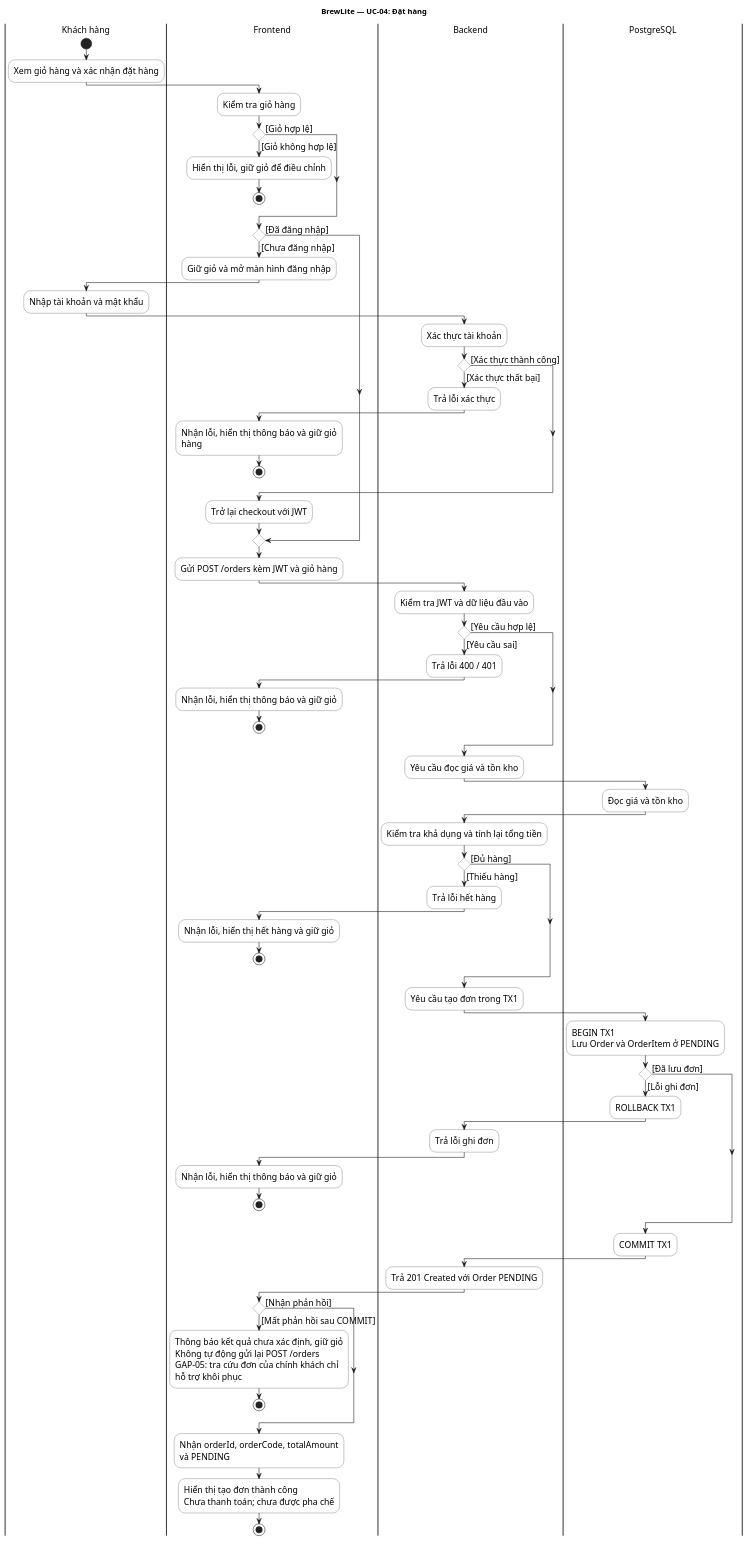
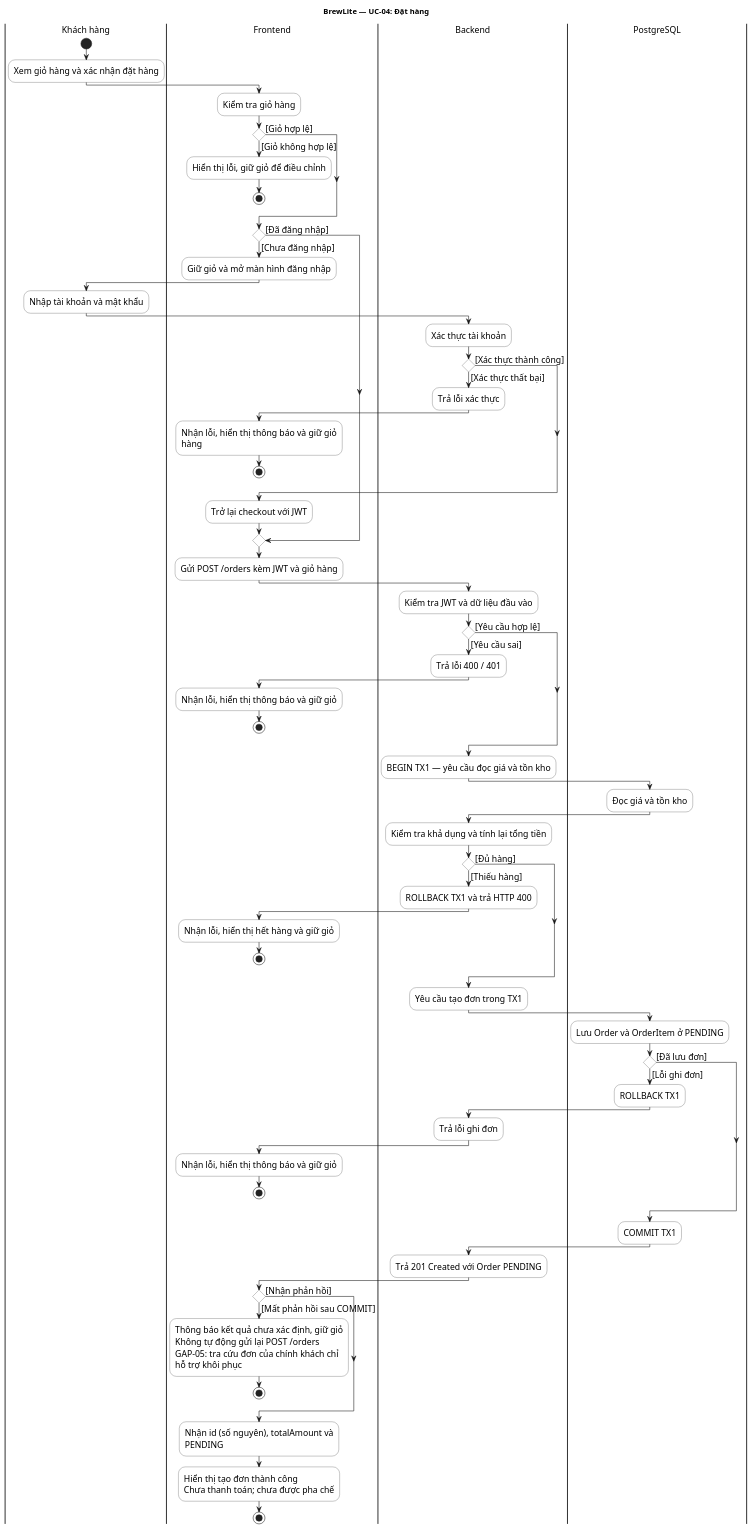
The diagram in docs/diagram/ActivityDiagram.puml (vohuunghiaah/brewlite), drawn with PlantUML before and after one commit. The commit also changed 20 other files, not shown here.

Commit message:
docs(uml): align transaction flows, domain scope and Lightsail with implementation

```diff
--- a/docs/diagram/ActivityDiagram.puml
+++ b/docs/diagram/ActivityDiagram.puml
@@ -1,90 +1,90 @@
 @startuml
 title BrewLite — UC-04: Đặt hàng
 skinparam defaultFontName Arial
 skinparam defaultFontSize 16
 skinparam backgroundColor white
 skinparam shadowing false
 skinparam ActivityBackgroundColor white
 skinparam ActivityBorderColor #333333
 skinparam ActivityDiamondBackgroundColor white
 skinparam ActivityDiamondBorderColor #333333
 skinparam wrapWidth 315
 |Khách hàng|
 start
 :Xem giỏ hàng và xác nhận đặt hàng;
 |Frontend|
 :Kiểm tra giỏ hàng;
 if () then ([Giỏ không hợp lệ])
 :Hiển thị lỗi, giữ giỏ để điều chỉnh;
 stop
 else ([Giỏ hợp lệ])
 endif
 if () then ([Chưa đăng nhập])
 :Giữ giỏ và mở màn hình đăng nhập;
 |Khách hàng|
 :Nhập tài khoản và mật khẩu;
 |Backend|
 :Xác thực tài khoản;
 if () then ([Xác thực thất bại])
 :Trả lỗi xác thực;
 |Frontend|
 :Nhận lỗi, hiển thị thông báo và giữ giỏ hàng;
 stop
 else ([Xác thực thành công])
 endif
 |Frontend|
 :Trở lại checkout với JWT;
 else ([Đã đăng nhập])
 endif
 :Gửi POST /orders kèm JWT và giỏ hàng;
 |Backend|
 :Kiểm tra JWT và dữ liệu đầu vào;
 if () then ([Yêu cầu sai])
 :Trả lỗi 400 / 401;
 |Frontend|
 :Nhận lỗi, hiển thị thông báo và giữ giỏ;
 stop
 else ([Yêu cầu hợp lệ])
 endif
 |Backend|
-:Yêu cầu đọc giá và tồn kho;
+:BEGIN TX1 — yêu cầu đọc giá và tồn kho;
 |PostgreSQL|
 :Đọc giá và tồn kho;
 |Backend|
 :Kiểm tra khả dụng và tính lại tổng tiền;
 if () then ([Thiếu hàng])
-:Trả lỗi hết hàng;
+:ROLLBACK TX1 và trả HTTP 400;
 |Frontend|
 :Nhận lỗi, hiển thị hết hàng và giữ giỏ;
 stop
 else ([Đủ hàng])
 endif
 |Backend|
 :Yêu cầu tạo đơn trong TX1;
 |PostgreSQL|
-:BEGIN TX1\nLưu Order và OrderItem ở PENDING;
+:Lưu Order và OrderItem ở PENDING;
 if () then ([Lỗi ghi đơn])
 :ROLLBACK TX1;
 |Backend|
 :Trả lỗi ghi đơn;
 |Frontend|
 :Nhận lỗi, hiển thị thông báo và giữ giỏ;
 stop
 else ([Đã lưu đơn])
 endif
 |PostgreSQL|
 :COMMIT TX1;
 |Backend|
 :Trả 201 Created với Order PENDING;
 |Frontend|
 if () then ([Mất phản hồi sau COMMIT])
 :Thông báo kết quả chưa xác định, giữ giỏ
 Không tự động gửi lại POST /orders
 GAP-05: tra cứu đơn của chính khách chỉ hỗ trợ khôi phục;
 stop
 else ([Nhận phản hồi])
 endif
-:Nhận orderId, orderCode, totalAmount và PENDING;
+:Nhận id (số nguyên), totalAmount và PENDING;
 :Hiển thị tạo đơn thành công\nChưa thanh toán; chưa được pha chế;
 stop
 @enduml
```
